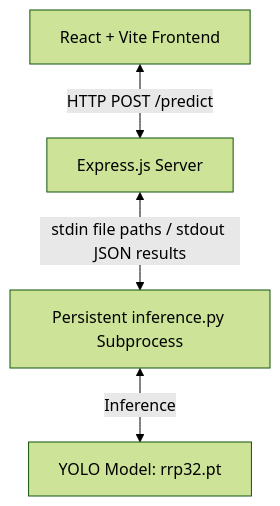
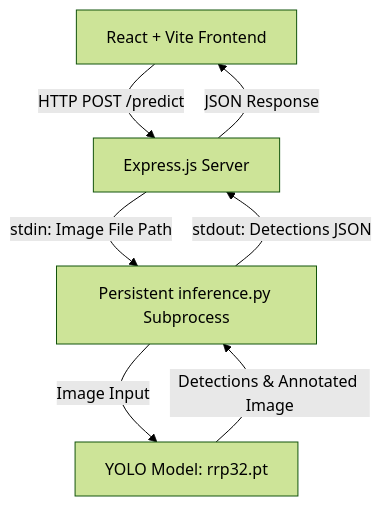
Before and after one commit to ashwithadevasani02/ObjectDetectionUnderAdverseWeatherYOLO: the diagram in README.md, drawn with Mermaid (forest theme). The commit also changed other lines of this file, not shown here.

````diff
--- a/README.md
+++ b/README.md
@@ -41,6 +41,9 @@
 ```mermaid
-graph TD
-    Client[React + Vite Frontend] <-->|HTTP POST /predict| Express[Express.js Server]
-    Express <-->|stdin file paths / stdout JSON results| Python[Persistent inference.py Subprocess]
-    Python <-->|Inference| YOLO[YOLO Model: rrp32.pt]
+flowchart TD
+    Client[React + Vite Frontend] -->|HTTP POST /predict| Express[Express.js Server]
+    Express -->|JSON Response| Client
+    Express -->|stdin: Image File Path| Python[Persistent inference.py Subprocess]
+    Python -->|stdout: Detections JSON| Express
+    Python -->|Image Input| YOLO[YOLO Model: rrp32.pt]
+    YOLO -->|Detections & Annotated Image| Python
 ```
````
